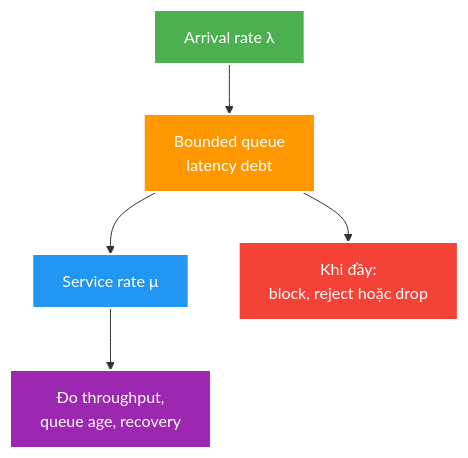
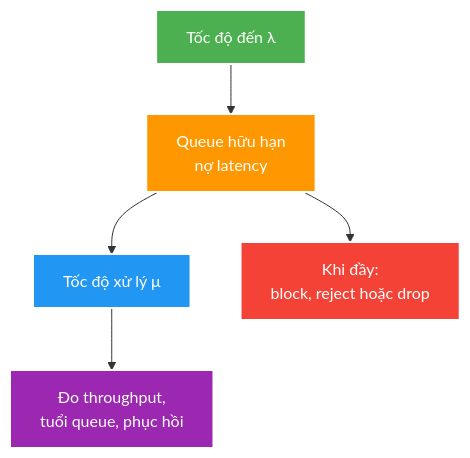
One commit to HungPhan200591/live-stream-backend changed the second of 2 diagrams in docs/learning/topics/java/theory/deep-dives/hash-tables-concurrent-collections-and-bounded-queues.md. Above: the diagram before and after it, drawn with Mermaid. The commit also changed other lines of this file and 177 other files, not shown here.

````diff
--- a/docs/learning/topics/java/theory/deep-dives/hash-tables-concurrent-collections-and-bounded-queues.md
+++ b/docs/learning/topics/java/theory/deep-dives/hash-tables-concurrent-collections-and-bounded-queues.md
@@ -43,12 +43,12 @@
 ```mermaid
 flowchart TB
-    A["Arrival rate λ"] --> Q["Bounded queue<br/>latency debt"]
-    Q --> S["Service rate μ"]
+    A["Tốc độ đến λ"] --> Q["Queue hữu hạn<br/>nợ latency"]
+    Q --> S["Tốc độ xử lý μ"]
     Q --> P["Khi đầy:<br/>block, reject hoặc drop"]
-    S --> M["Đo throughput,<br/>queue age, recovery"]
+    S --> M["Đo throughput,<br/>tuổi queue, phục hồi"]
     style A fill:#4CAF50,stroke:#fff,stroke-width:2px,color:#fff
     style Q fill:#FF9800,stroke:#fff,stroke-width:2px,color:#fff
     style S fill:#2196F3,stroke:#fff,stroke-width:2px,color:#fff
     style P fill:#F44336,stroke:#fff,stroke-width:2px,color:#fff
     style M fill:#9C27B0,stroke:#fff,stroke-width:2px,color:#fff
 ```
````
